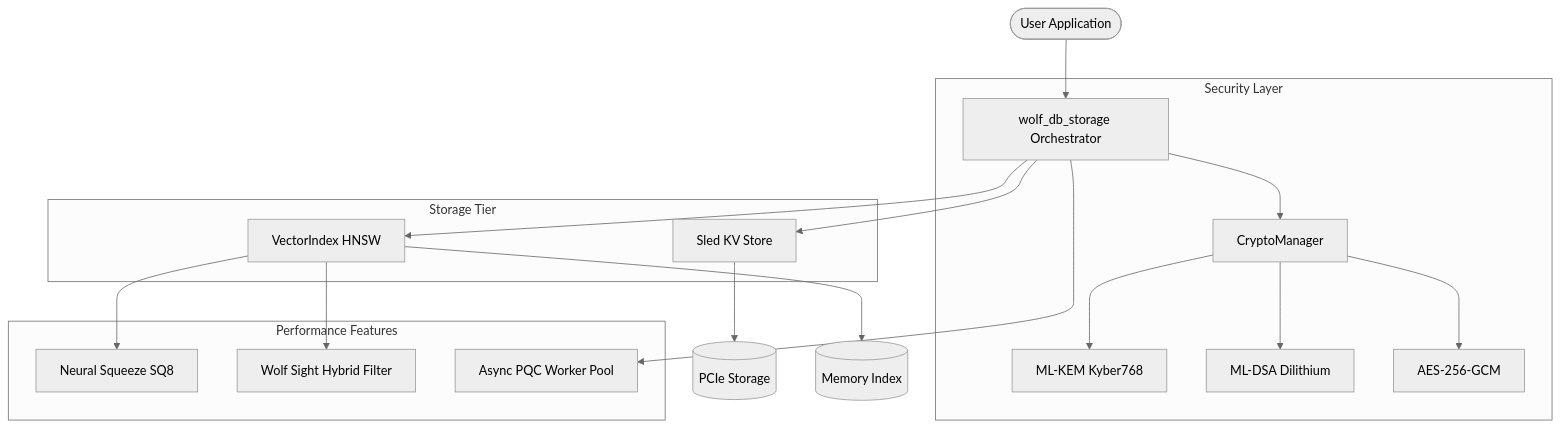
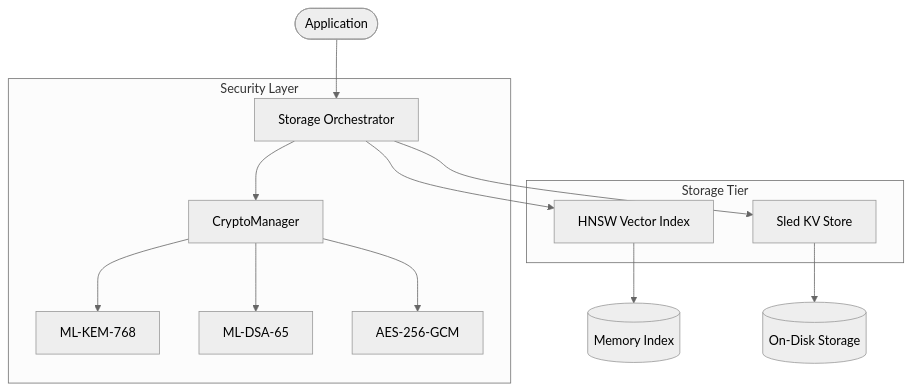
One commit to tariqselassie-hub/wolf_prowler changed the diagram in crates/WolfDb/README.md. Above: the diagram before and after it, drawn with Mermaid (neutral theme). The commit also changed other lines of this file and 91 other files, not shown here.

````diff
--- a/crates/WolfDb/README.md
+++ b/crates/WolfDb/README.md
@@ -9,25 +13,19 @@
 ```mermaid
 graph TD
-    User([User Application]) --> Engine[wolf_db_storage Orchestrator]
+    User([Application]) --> Engine[Storage Orchestrator]
     
     subgraph Security Layer
         Engine --> Crypto[CryptoManager]
-        Crypto --> Kyber[ML-KEM Kyber768]
-        Crypto --> Dilithium[ML-DSA Dilithium]
+        Crypto --> Kyber[ML-KEM-768]
+        Crypto --> Dilithium[ML-DSA-65]
         Crypto --> AES[AES-256-GCM]
     end
     
     subgraph Storage Tier
         Engine --> Sled[Sled KV Store]
-        Engine --> Vector[VectorIndex HNSW]
+        Engine --> Vector[HNSW Vector Index]
     end
     
-    subgraph Performance Features
-        Vector --> SQ8[Neural Squeeze SQ8]
-        Vector --> Filter[Wolf Sight Hybrid Filter]
-        Engine --> Async[Async PQC Worker Pool]
-    end
-    
-    Sled --> Disk[(PCIe Storage)]
     Vector --> RAM[(Memory Index)]
+    Sled --> Disk[(On-Disk Storage)]
 ```
````
